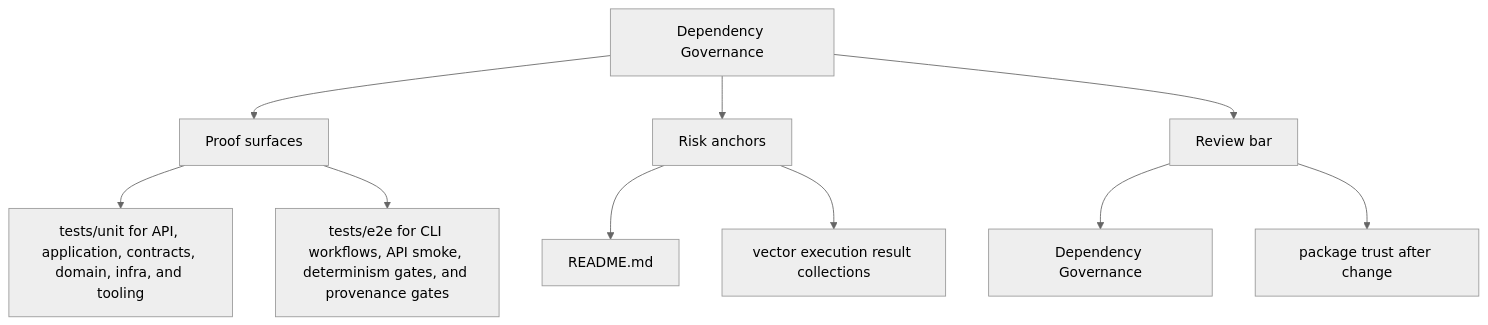
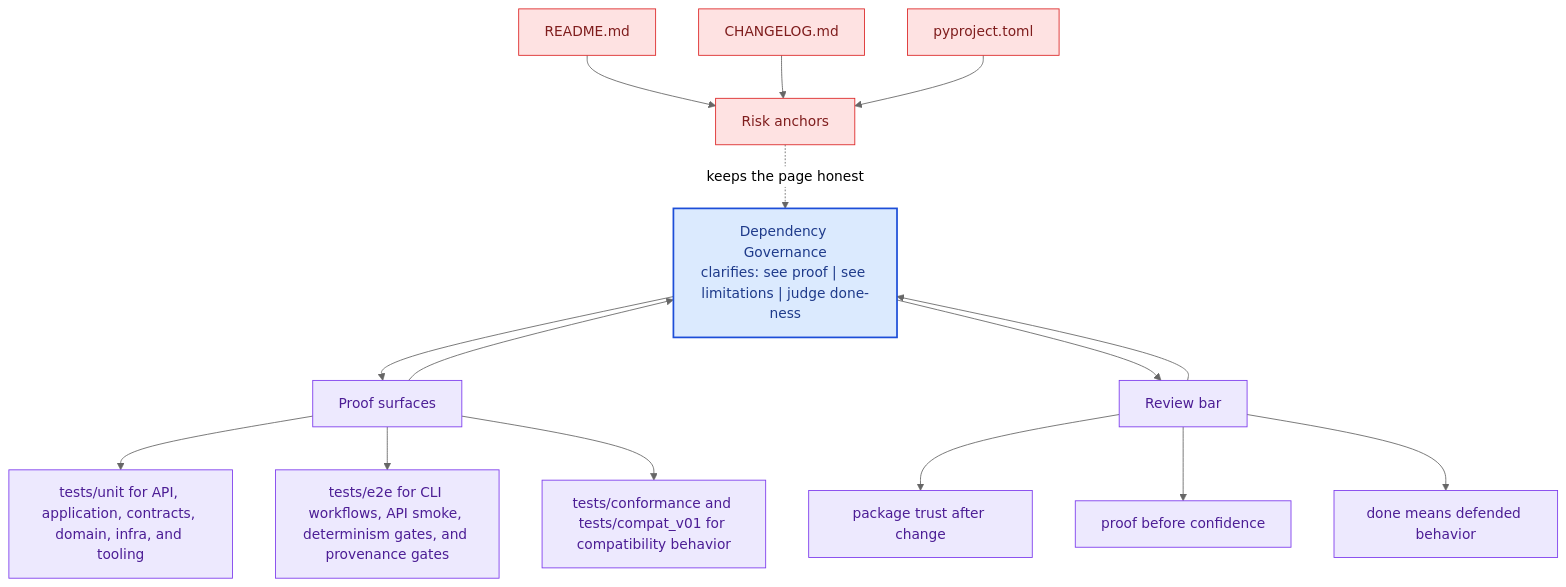
One commit to bijux/bijux-canon changed the second of 2 diagrams in docs/bijux-canon-index/quality/dependency-governance.md. Above: the diagram before and after it, drawn with Mermaid (neutral theme). The commit also changed other lines of this file and 281 other files, not shown here.

Commit message:
docs(diagrams): deepen handbook mermaid maps across the catalog

````diff
--- a/docs/bijux-canon-index/quality/dependency-governance.md
+++ b/docs/bijux-canon-index/quality/dependency-governance.md
@@ -35,22 +68,41 @@
 ```mermaid
-flowchart TD
-    page["Dependency Governance"]
+flowchart TB
+    promise["Dependency Governance<br/>clarifies: see proof | see limitations | judge done-ness"]
+    classDef promise fill:#dbeafe,stroke:#1d4ed8,color:#1e3a8a,stroke-width:2px;
+    classDef driver fill:#dcfce7,stroke:#16a34a,color:#14532d;
+    classDef constraint fill:#fee2e2,stroke:#dc2626,color:#7f1d1d;
+    classDef ground fill:#ede9fe,stroke:#7c3aed,color:#4c1d95;
     focus1["Proof surfaces"]
-    page --> focus1
+    focus1 --> promise
+    promise --> focus1
     focus1_1["tests/unit for API, application, contracts, domain, infra, and tooling"]
     focus1 --> focus1_1
     focus1_2["tests/e2e for CLI workflows, API smoke, determinism gates, and provenance gates"]
     focus1 --> focus1_2
+    focus1_3["tests/conformance and tests/compat_v01 for compatibility behavior"]
+    focus1 --> focus1_3
+    class focus1 ground;
+    class focus1_1,focus1_2,focus1_3 ground;
     focus2["Risk anchors"]
-    page --> focus2
+    focus2 -.keeps the page honest.-> promise
     focus2_1["README.md"]
-    focus2 --> focus2_1
-    focus2_2["vector execution result collections"]
-    focus2 --> focus2_2
+    focus2_1 --> focus2
+    focus2_2["CHANGELOG.md"]
+    focus2_2 --> focus2
+    focus2_3["pyproject.toml"]
+    focus2_3 --> focus2
+    class focus2 constraint;
+    class focus2_1,focus2_2,focus2_3 constraint;
     focus3["Review bar"]
-    page --> focus3
-    focus3_1["Dependency Governance"]
+    focus3 --> promise
+    promise --> focus3
+    focus3_1["package trust after change"]
     focus3 --> focus3_1
-    focus3_2["package trust after change"]
+    focus3_2["proof before confidence"]
     focus3 --> focus3_2
+    focus3_3["done means defended behavior"]
+    focus3 --> focus3_3
+    class focus3 ground;
+    class focus3_1,focus3_2,focus3_3 ground;
+    class promise promise;
 ```
````
